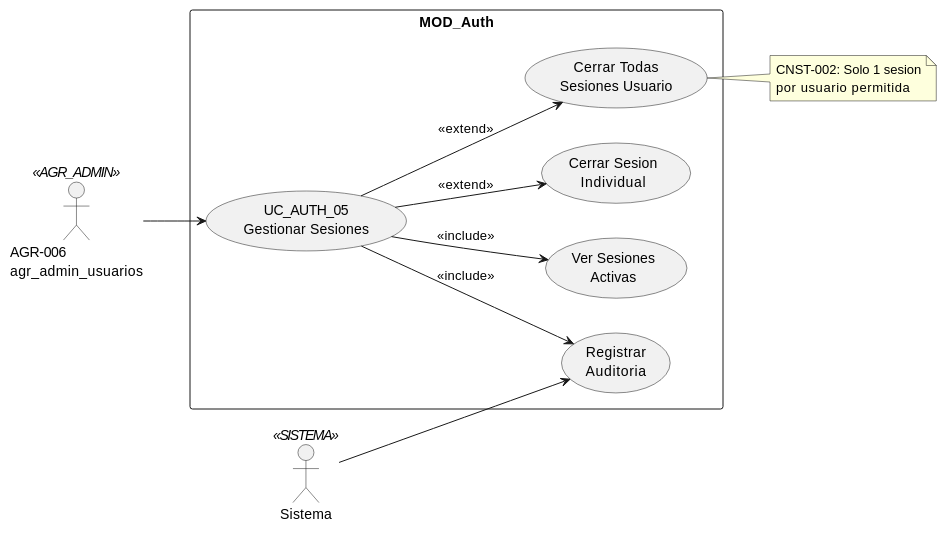
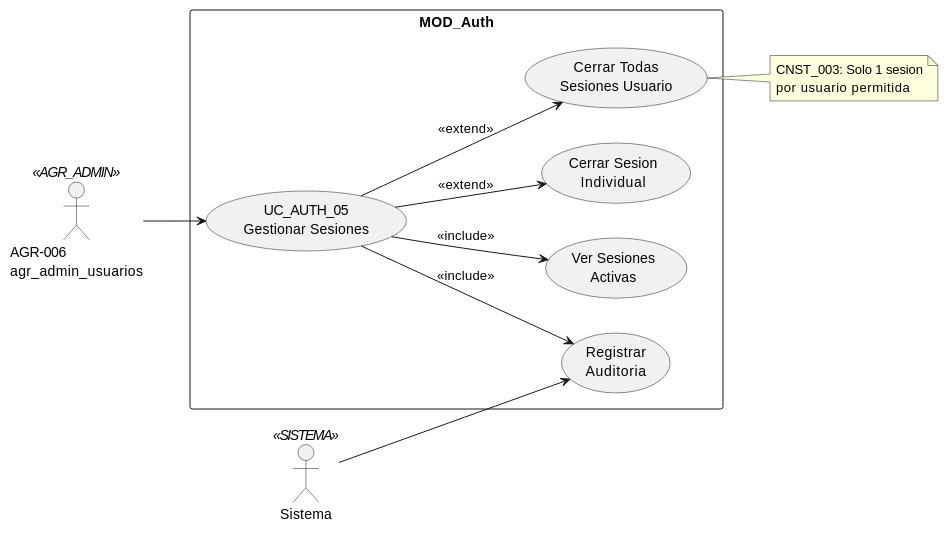
The first of 3 diagrams in source/requisitos/casos_uso/auth/UC_AUTH_05_Gestionar_Sesiones.rst (jcg-admin/IACT-docs), drawn with PlantUML before and after one commit. The commit also changed other lines of this file and 67 other files, not shown here.

```diff
--- a/source/requisitos/casos_uso/auth/UC_AUTH_05_Gestionar_Sesiones.rst
+++ b/source/requisitos/casos_uso/auth/UC_AUTH_05_Gestionar_Sesiones.rst
@@ -61,31 +61,31 @@
 .. uml::
    :caption: Diagrama de Caso de Uso - UC_AUTH_05
 
    @startuml
 
    left to right direction
 
    actor "AGR-006\nagr_admin_usuarios" as ADMIN <<AGR_ADMIN>>
    actor "Sistema" as SYS <<SISTEMA>>
 
    rectangle "MOD_Auth" {
      usecase "UC_AUTH_05\nGestionar Sesiones" as UC05
      usecase "Ver Sesiones\nActivas" as VER
      usecase "Cerrar Sesion\nIndividual" as CLOSE1
      usecase "Cerrar Todas\nSesiones Usuario" as CLOSEALL
      usecase "Registrar\nAuditoria" as AUD
    }
 
    ADMIN --> UC05
    UC05 --> VER : <<include>>
    UC05 --> CLOSE1 : <<extend>>
    UC05 --> CLOSEALL : <<extend>>
    UC05 --> AUD : <<include>>
    SYS --> AUD
 
    note right of CLOSEALL
-     CNST-002: Solo 1 sesion
+     CNST_003: Solo 1 sesion
      por usuario permitida
    end note
 
    @enduml
```
